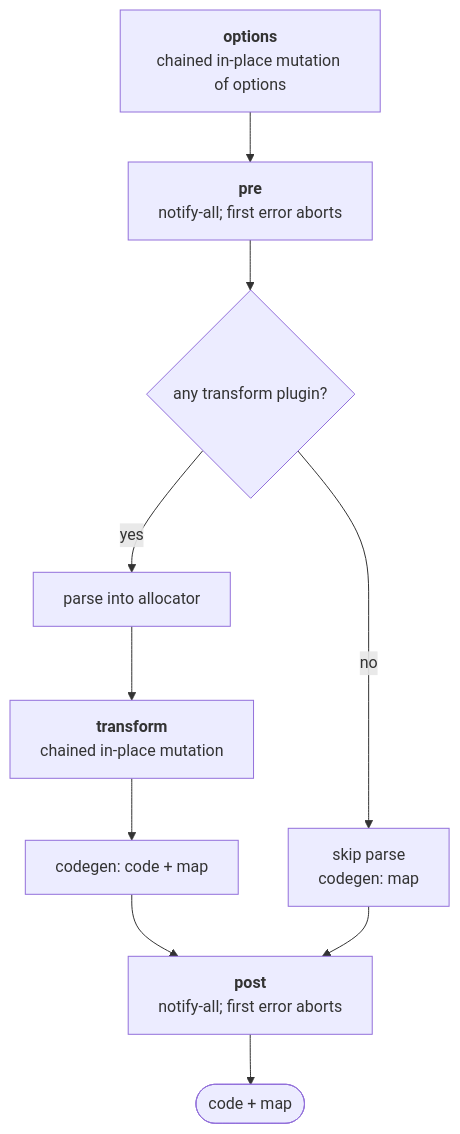
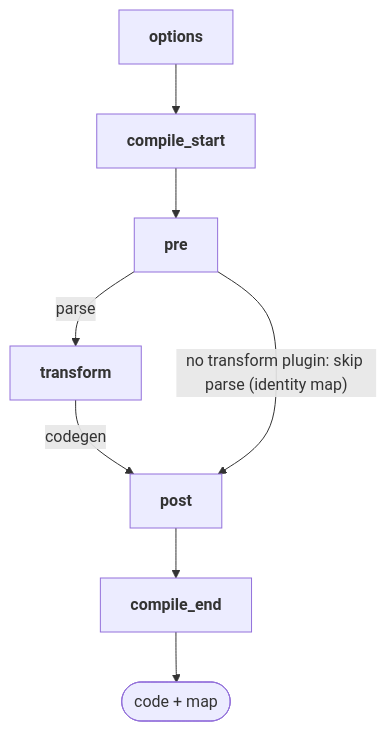
One commit to telarel/telarel changed the second of 4 diagrams in ARCHITECTURE.md. Above: the diagram before and after it, drawn with Mermaid. The commit also changed other lines of this file and 87 other files, not shown here.

````diff
--- a/ARCHITECTURE.md
+++ b/ARCHITECTURE.md
@@ -37,17 +37,16 @@
 ```mermaid
 flowchart TD
-    Options[<b>options</b><br/>chained in-place mutation of options]
-    Pre[<b>pre</b><br/>notify-all; first error aborts]
-    TransformNeeded{any transform plugin?}
-    Parse[parse into allocator]
-    Transform[<b>transform</b><br/>chained in-place mutation]
-    Codegen[codegen: code + map]
-    Skip[skip parse<br/>codegen: map]
-    Post[<b>post</b><br/>notify-all; first error aborts]
+    Options[<b>options</b>]
+    Start[<b>compile_start</b>]
+    Pre[<b>pre</b>]
+    Transform[<b>transform</b>]
+    Post[<b>post</b>]
+    End[<b>compile_end</b>]
     Output([code + map])
 
-    Options --> Pre --> TransformNeeded
-    TransformNeeded -->|yes| Parse --> Transform --> Codegen --> Post
-    TransformNeeded -->|no| Skip --> Post
-    Post --> Output
+    Options --> Start --> Pre
+    Pre -- "parse" --> Transform
+    Transform -- "codegen" --> Post
+    Post --> End --> Output
+    Pre -- "no transform plugin: skip parse (identity map)" --> Post
 ```
````
